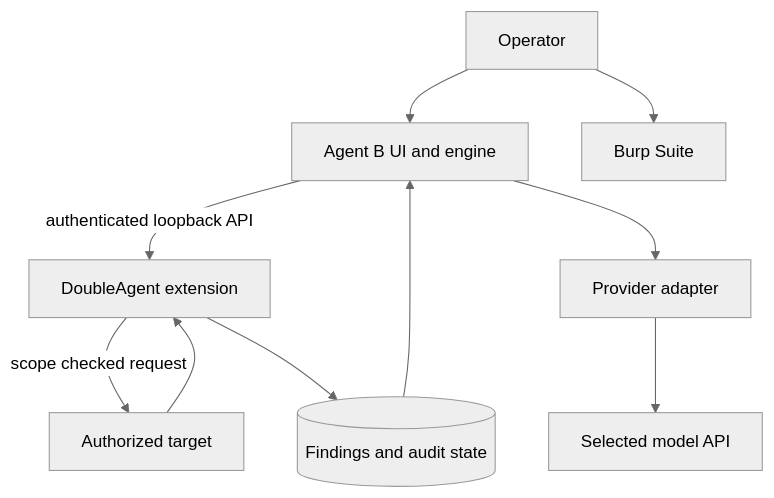
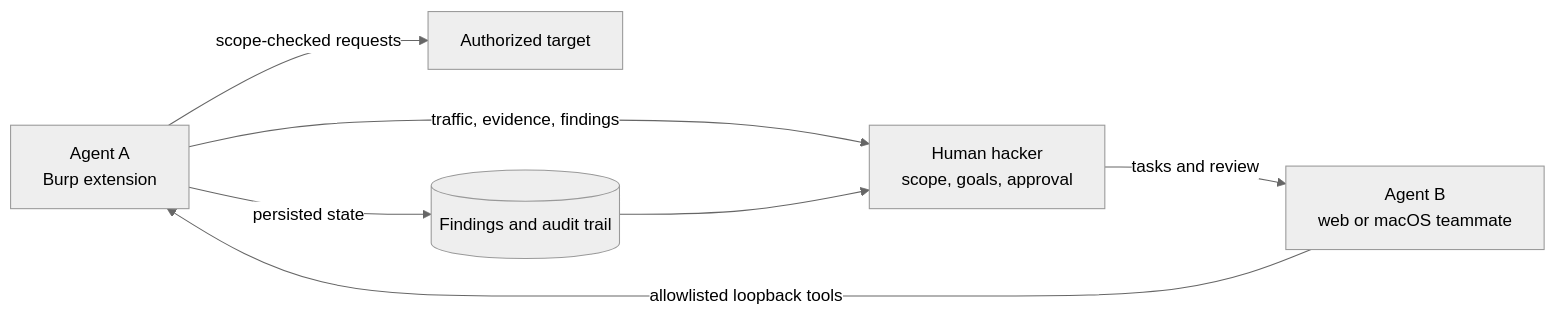
One commit to sageoffensive/DoubleAgent changed the diagram in docs/wiki/Architecture.md. Above: the diagram before and after it, drawn with Mermaid (neutral theme). The commit also changed other lines of this file and 58 other files, not shown here.

Commit message:
Simplify DoubleAgent product structure

````diff
--- a/docs/wiki/Architecture.md
+++ b/docs/wiki/Architecture.md
@@ -3,12 +7,9 @@
 ```mermaid
-flowchart TD
-    Operator --> AgentB[Agent B UI and engine]
-    Operator --> Burp[Burp Suite]
-    AgentB -->|authenticated loopback API| Extension[DoubleAgent extension]
-    AgentB --> Adapter[Provider adapter]
-    Adapter --> Model[Selected model API]
-    Extension -->|scope checked request| Target[Authorized target]
-    Target --> Extension
-    Extension --> Store[(Findings and audit state)]
-    Store --> AgentB
+flowchart LR
+    A[Agent A<br/>Burp extension] -->|traffic, evidence, findings| H[Human hacker<br/>scope, goals, approval]
+    H -->|tasks and review| B[Agent B<br/>web or macOS teammate]
+    B -->|allowlisted loopback tools| A
+    A -->|scope-checked requests| T[Authorized target]
+    A -->|persisted state| F[(Findings and audit trail)]
+    F --> H
 ```
````
